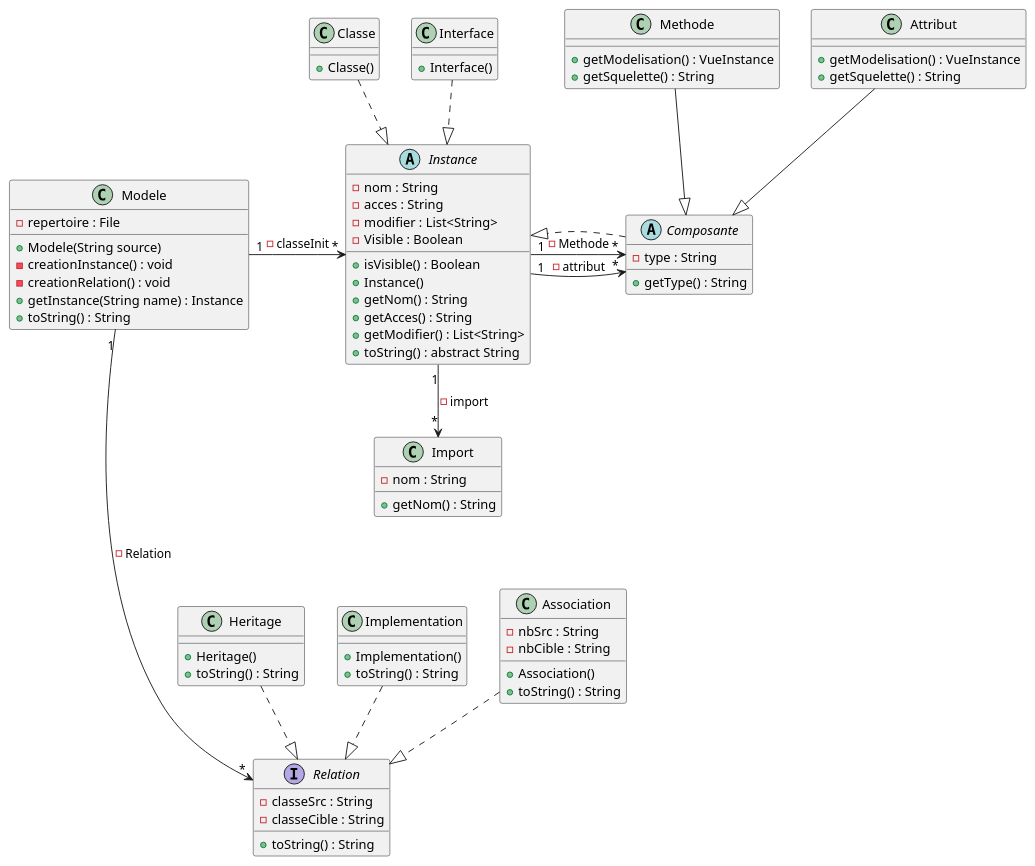
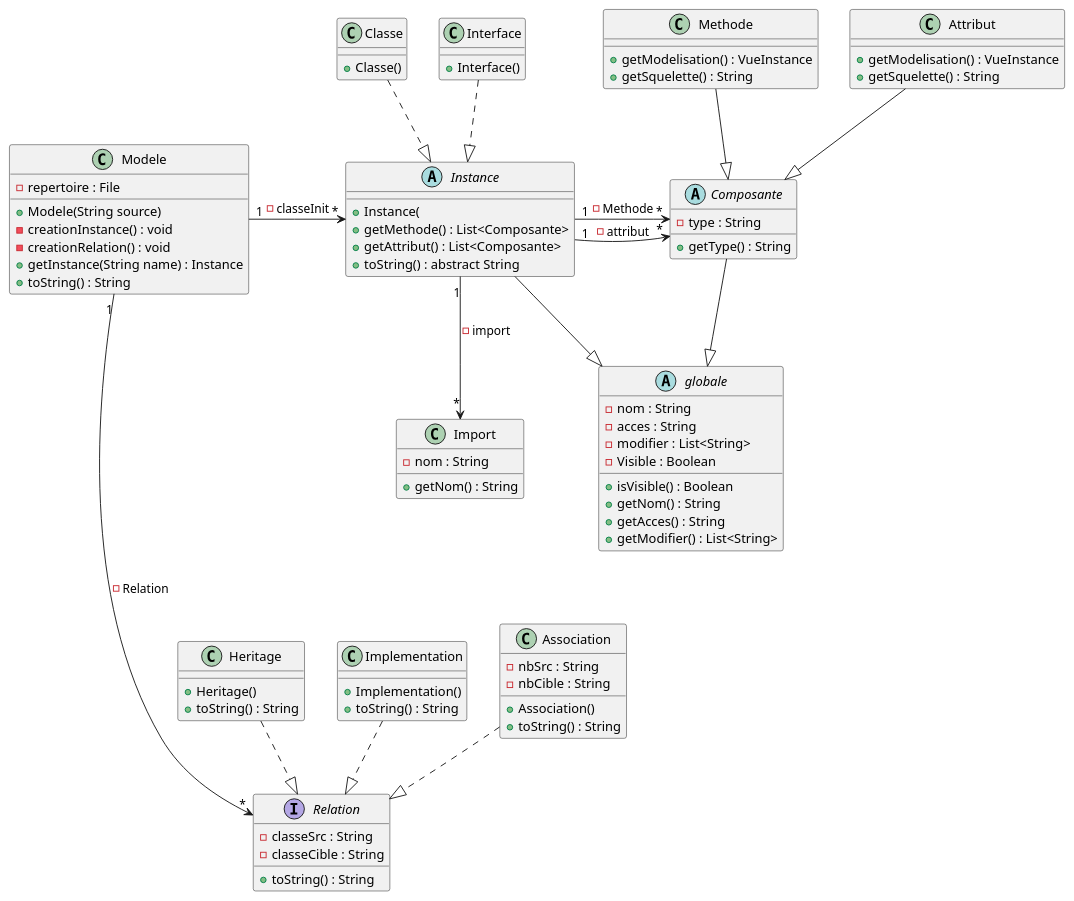
The diagram in demo/Conception/Sprint_1/Class.puml (Cedran-Bastien/GENERATION-AUTOMATIQUE-DE-DIAGRAMME-DE-CLASSES), drawn with PlantUML before and after one commit.

Commit message:
Ajout Diagramme de classe Sprint 1

```diff
--- a/demo/Conception/Sprint_1/Class.puml
+++ b/demo/Conception/Sprint_1/Class.puml
@@ -1,92 +1,98 @@
 @startuml
 'https://plantuml.com/sequence-diagram
 
 abstract Instance{
-    -nom : String
-    -acces : String
-    -modifier : List<String>
-    -Visible : Boolean
-    +isVisible() : Boolean
-    +Instance()
-    +getNom() : String
-    +getAcces() : String
-    +getModifier() : List<String>
+    +Instance(
+    +getMethode() : List<Composante>
+    +getAttribut() : List<Composante>
     +toString() : abstract String
 }
 
 class Classe{
     +Classe()
 }
 
 class Interface{
     +Interface()
 }
 
 abstract Composante{
     -type : String
     +getType() : String
 }
 
 class Methode{
     +getModelisation() : VueInstance
     +getSquelette() : String
 }
 
 class Attribut{
     +getModelisation() : VueInstance
     +getSquelette() : String
 }
 
 class Import{
     -nom : String
     +getNom() : String
 }
 
 class Modele{
     -repertoire : File
     +Modele(String source)
     -creationInstance() : void
     -creationRelation() : void
     +getInstance(String name) : Instance
     +toString() : String
 }
 
 interface Relation{
     -classeSrc : String
     -classeCible : String
     +toString() : String
 }
 
 class Heritage{
     +Heritage()
     +toString() : String
 }
 
 class Implementation{
     +Implementation()
     +toString() : String
 }
 
 class Association {
     -nbSrc : String
     -nbCible : String
     +Association()
     +toString() : String
 }
 
+abstract globale{
+    -nom : String
+    -acces : String
+    -modifier : List<String>
+    -Visible : Boolean
+    +isVisible() : Boolean
+    +getNom() : String
+    +getAcces() : String
+    +getModifier() : List<String>
+}
 
+
+Instance--|>globale
+Composante--|>globale
 Modele "1" -> "*" Instance  : -classeInit
 Instance "1" -> "*" Composante : -attribut
 Instance "1" -> "*" Composante : -Methode
 Instance "1" --> "*" Import : -import
 Classe ..|> Instance
 Interface ..|> Instance
 Methode --|> Composante
 Attribut --|> Composante
-Composante ..|> Instance
 Modele "1" ----> "*"  Relation : -Relation
 Association ..|> Relation
 Heritage ..|> Relation
 Implementation ..|> Relation
 
 @enduml
```
